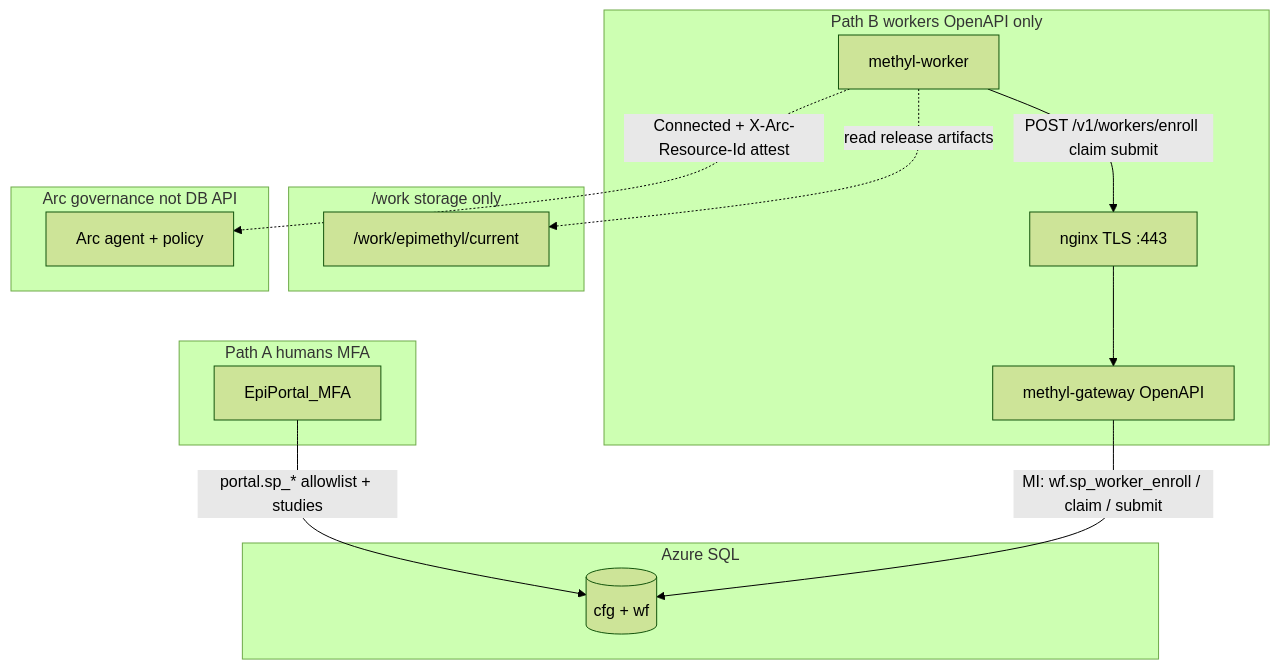
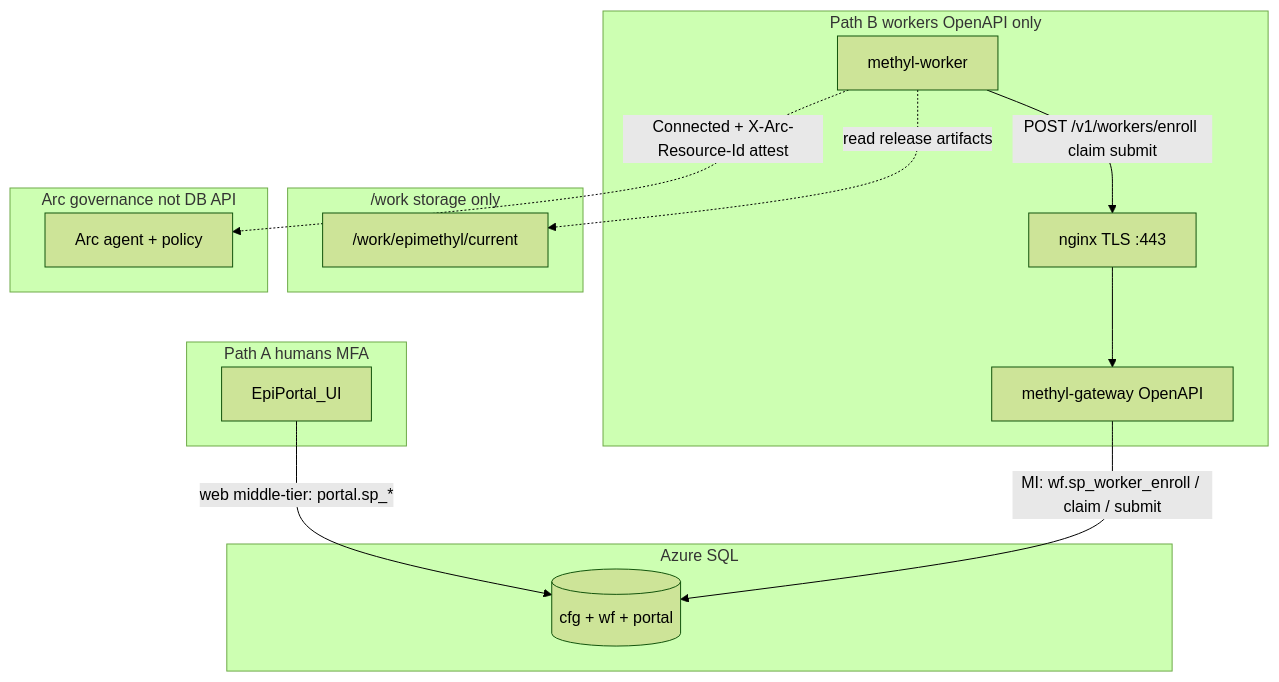
Before and after one commit to Goliath-Research/GoliathWorkflow: the diagram in docs/deployment/production-platform.md, drawn with Mermaid (forest theme). The commit also changed other lines of this file, not shown here.

````diff
--- a/docs/deployment/production-platform.md
+++ b/docs/deployment/production-platform.md
@@ -21,27 +30,27 @@
 ```mermaid
 flowchart TB
   subgraph pathA [Path A humans MFA]
-    Portal[EpiPortal_MFA]
+    PortalUI[EpiPortal_UI]
   end
   subgraph pathB [Path B workers OpenAPI only]
     W1[methyl-worker]
     Nginx[nginx TLS :443]
     GW[methyl-gateway OpenAPI]
   end
   subgraph dataPlane [Azure SQL]
-    SQL[(cfg + wf)]
+    SQL[(cfg + wf + portal)]
   end
   subgraph shared ["/work storage only"]
     Rel["/work/epimethyl/current"]
   end
   subgraph arcGov [Arc governance not DB API]
     ArcAgent[Arc agent + policy]
   end
 
-  Portal -->|"portal.sp_* allowlist + studies"| SQL
+  PortalUI -->|"web middle-tier: portal.sp_*"| SQL
   W1 -->|"POST /v1/workers/enroll claim submit"| Nginx
   Nginx --> GW
   GW -->|"MI: wf.sp_worker_enroll / claim / submit"| SQL
   W1 -.->|read release artifacts| Rel
   W1 -.->|Connected + X-Arc-Resource-Id attest| ArcAgent
 ```
````
